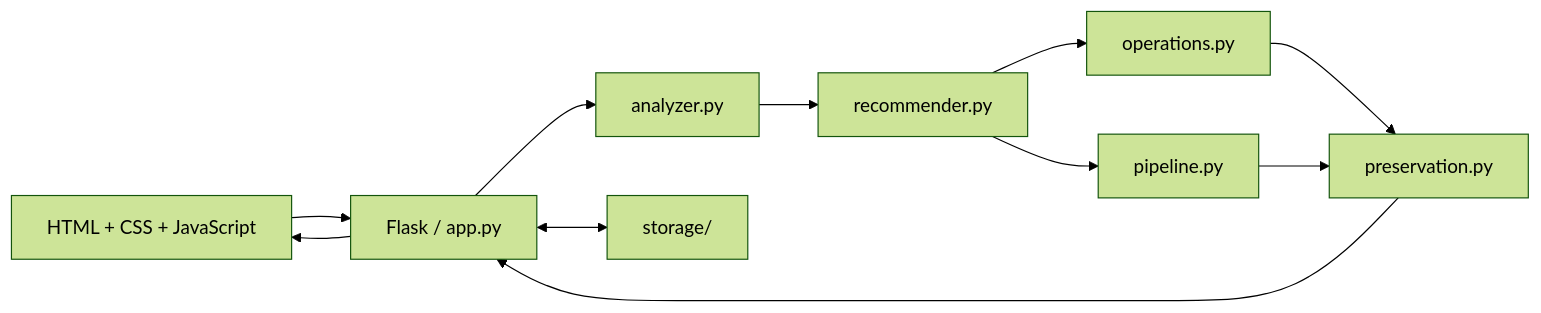
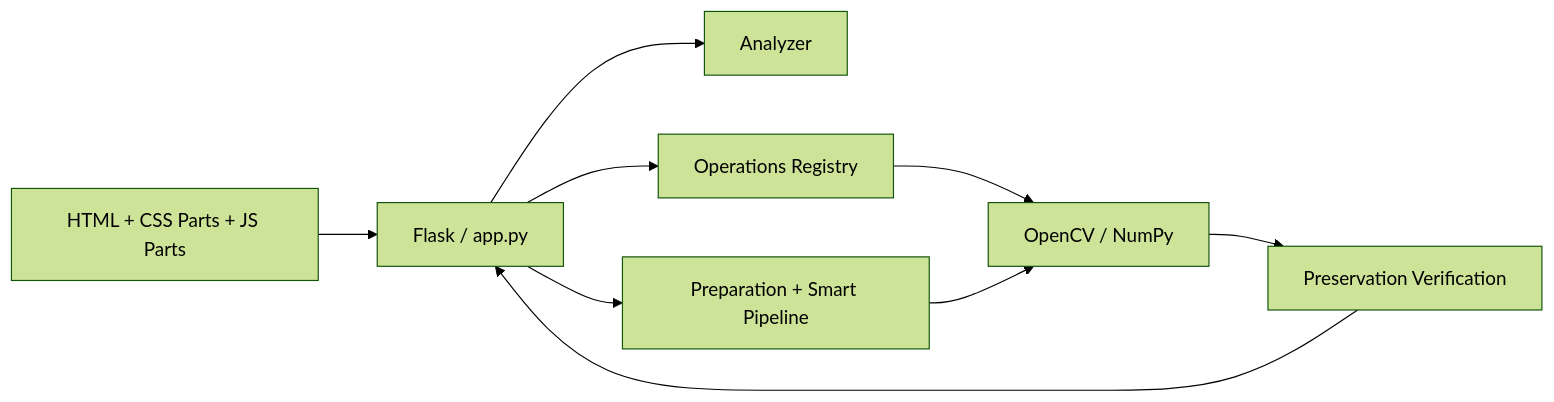
Before and after one commit to Alhareith/manuscript-doctor: the second of 2 diagrams in README.md, drawn with Mermaid (forest theme). The commit also changed other lines of this file and 168 other files, not shown here.

````diff
--- a/README.md
+++ b/README.md
@@ -164,17 +77,11 @@
 ```mermaid
 flowchart LR
-    UI["HTML + CSS + JavaScript"] --> API["Flask / app.py"]
-
-    API --> Analyzer["analyzer.py"]
-    Analyzer --> Recommender["recommender.py"]
-
-    Recommender --> Operations["operations.py"]
-    Recommender --> Pipeline["pipeline.py"]
-
-    Operations --> Preservation["preservation.py"]
-    Pipeline --> Preservation
-
-    API <--> Storage["storage/"]
-    Preservation --> API
-    API --> UI
+    UI["HTML + CSS Parts + JS Parts"] --> API["Flask / app.py"]
+    API --> A["Analyzer"]
+    API --> R["Operations Registry"]
+    API --> P["Preparation + Smart Pipeline"]
+    R --> CV["OpenCV / NumPy"]
+    P --> CV
+    CV --> V["Preservation Verification"]
+    V --> API
 ```
````
